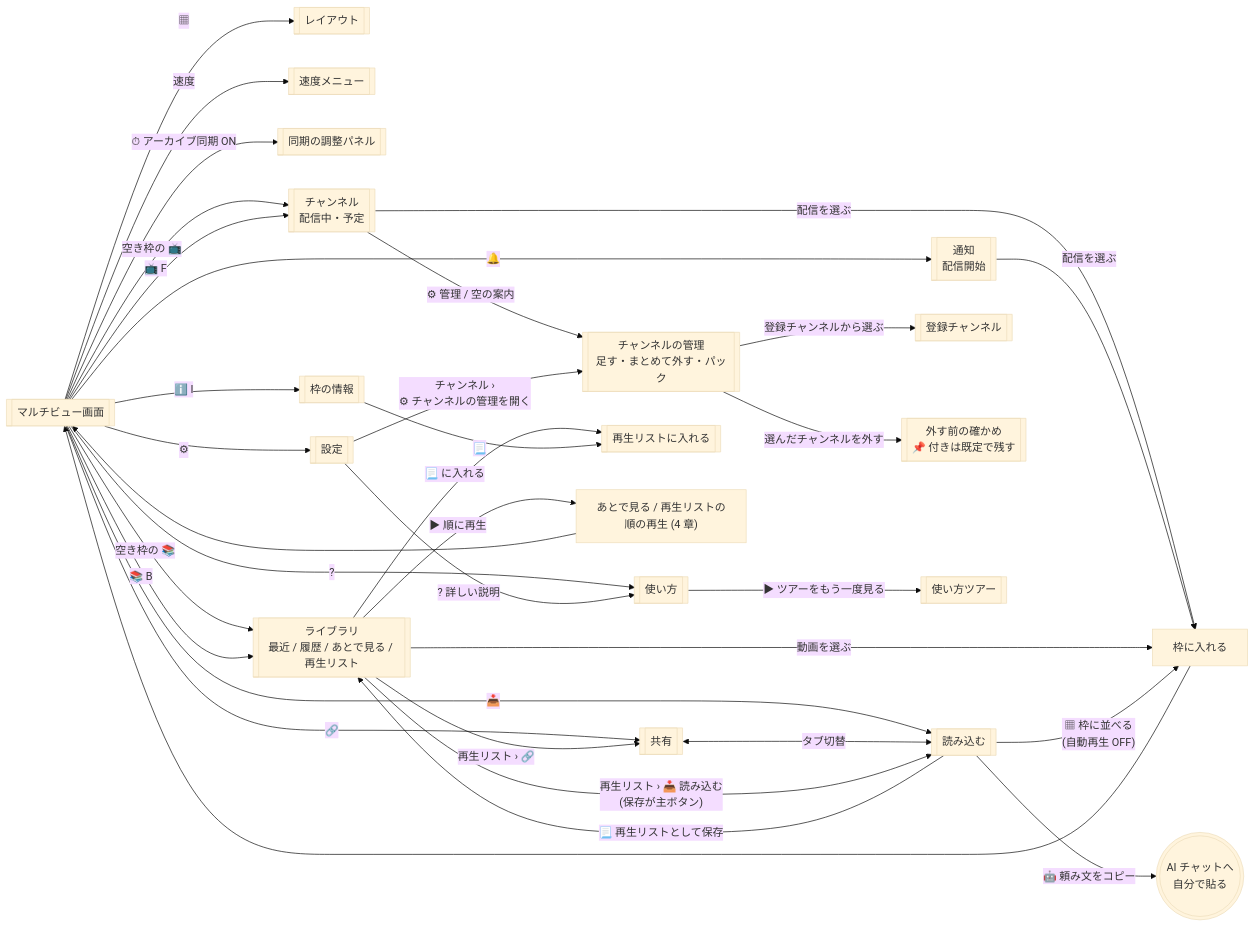
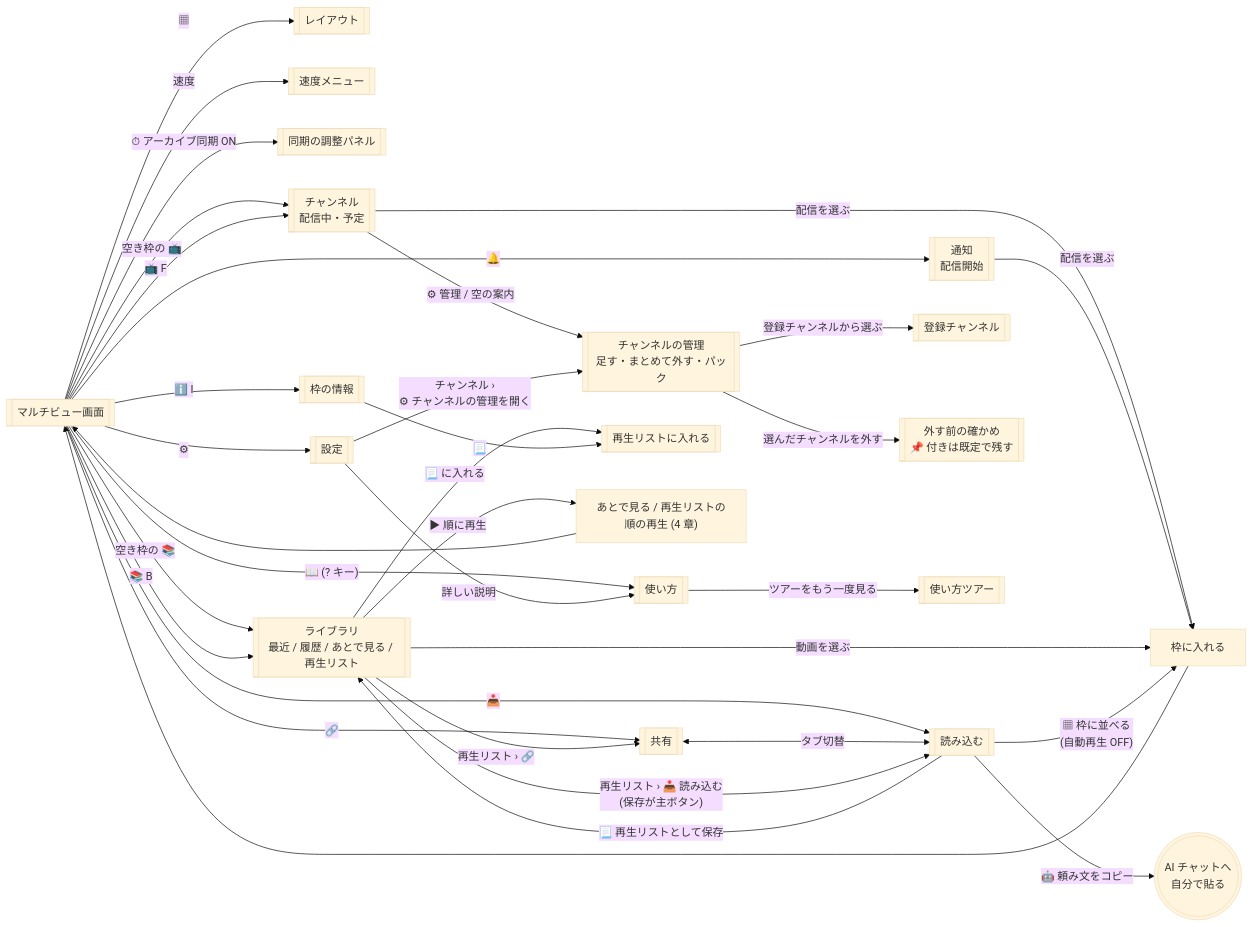
The third of 5 diagrams in docs/screen-flow.md (contee213/hakomado), drawn with Mermaid (base theme) before and after one commit. The commit also changed other lines of this file and 16 other files, not shown here.

````diff
--- a/docs/screen-flow.md
+++ b/docs/screen-flow.md
@@ -84,37 +84,37 @@
 ```mermaid
 flowchart LR
   MAIN[["マルチビュー画面"]]
   MAIN -- "▦" --> LAY[["レイアウト"]]
   MAIN -- "速度" --> SPD[["速度メニュー"]]
   MAIN -- "⏱ アーカイブ同期 ON" --> DOCK[["同期の調整パネル"]]
   MAIN -- "空き枠の 📺" --> CH
   MAIN -- "空き枠の 📚" --> LIB
   MAIN -- "🔔" --> NOT[["通知<br>配信開始"]]
   MAIN -- "📺 F" --> CH[["チャンネル<br>配信中・予定"]]
   MAIN -- "📚 B" --> LIB[["ライブラリ<br>最近 / 履歴 / あとで見る / 再生リスト"]]
   MAIN -- "ℹ️ I" --> INFO[["枠の情報"]]
   MAIN -- "🔗" --> SH[["共有"]]
   MAIN -- "📥" --> RD[["読み込む"]]
   MAIN -- "⚙" --> SET[["設定"]]
-  MAIN -- "?" --> HELP[["使い方"]]
+  MAIN -- "📖 (? キー)" --> HELP[["使い方"]]
   SH <-- "タブ切替" --> RD
   CH -- "⚙ 管理 / 空の案内" --> CM[["チャンネルの管理<br>足す・まとめて外す・パック"]]
   SET -- "チャンネル ›<br>⚙ チャンネルの管理を開く" --> CM
   CM -- "登録チャンネルから選ぶ" --> SUBS[["登録チャンネル"]]
   CM -- "選んだチャンネルを外す" --> CMC[["外す前の確かめ<br>📌 付きは既定で残す"]]
-  SET -- "? 詳しい説明" --> HELP
-  HELP -- "▶ ツアーをもう一度見る" --> TOUR[["使い方ツアー"]]
+  SET -- "詳しい説明" --> HELP
+  HELP -- "ツアーをもう一度見る" --> TOUR[["使い方ツアー"]]
   CH -- "配信を選ぶ" --> TILE["枠に入れる"]
   NOT -- "配信を選ぶ" --> TILE
   LIB -- "動画を選ぶ" --> TILE
   LIB -- "📃 に入れる" --> PLP[["再生リストに入れる"]]
   LIB -- "▶ 順に再生" --> Q["あとで見る / 再生リストの<br>順の再生 (4 章)"]
   LIB -- "再生リスト › 📥 読み込む<br>(保存が主ボタン)" --> RD
   LIB -- "再生リスト › 🔗" --> SH
   INFO -- "📃" --> PLP
   RD -- "▦ 枠に並べる<br>(自動再生 OFF)" --> TILE
   RD -- "📃 再生リストとして保存" --> LIB
   RD -- "🤖 頼み文をコピー" --> AI((("AI チャットへ<br>自分で貼る")))
   TILE --> MAIN
   Q --> MAIN
 ```
````
